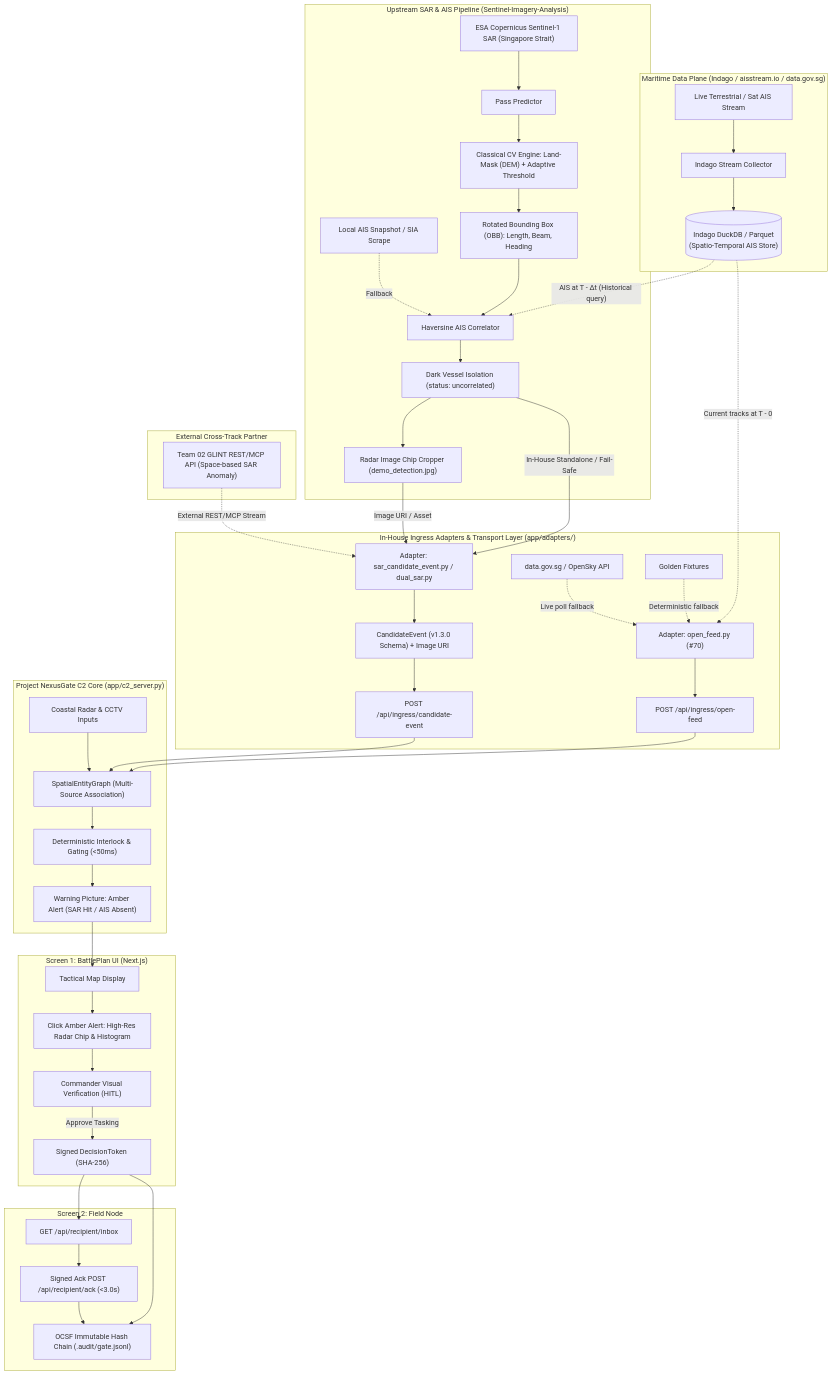
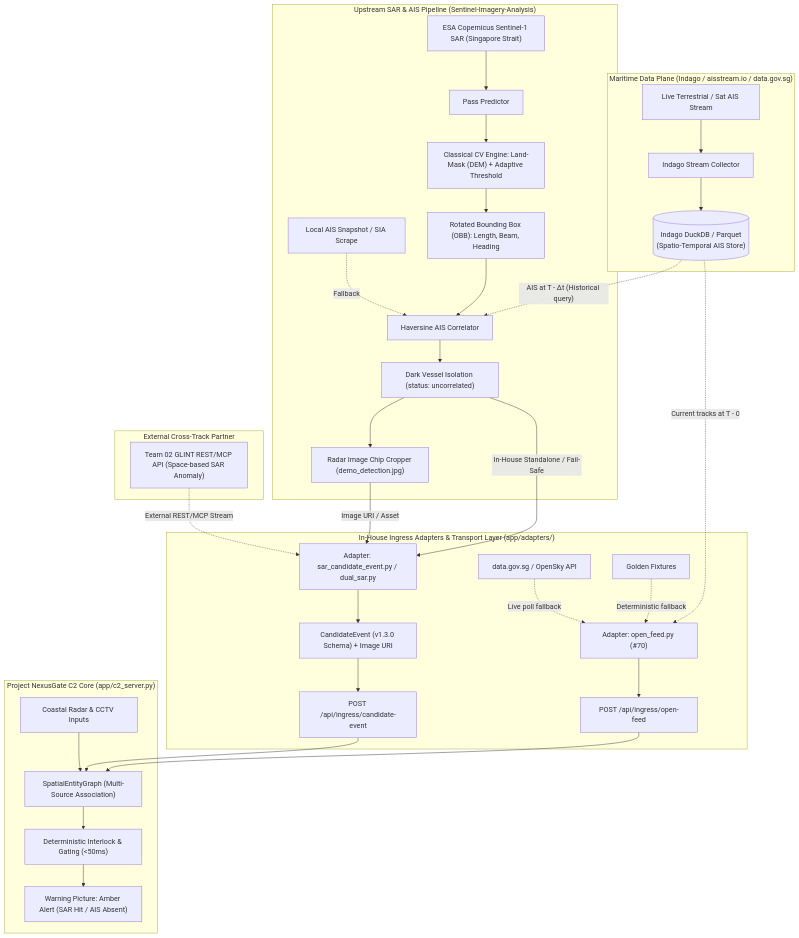
Before and after one commit to edgesentry/sdth-nexus-c2: the first of 2 diagrams in docs/architecture/sar_pipeline.md, drawn with Mermaid. The commit also changed other lines of this file and 10 other files, not shown here.

First line of the commit message:
fix(types): AckRequest.status + architecture doc hygiene (#105) (#106)

````diff
--- a/docs/architecture/sar_pipeline.md
+++ b/docs/architecture/sar_pipeline.md
@@ -25,59 +27,45 @@
 ```mermaid
 flowchart TD
     subgraph MaritimeDataPlane ["Maritime Data Plane (Indago / aisstream.io / data.gov.sg)"]
         AIS_LIVE["Live Terrestrial / Sat AIS Stream"] --> INDAGO["Indago Stream Collector"]
         INDAGO --> DUCKDB[("Indago DuckDB / Parquet<br/>(Spatio-Temporal AIS Store)")]
     end
 
     subgraph UpstreamSAR ["Upstream SAR & AIS Pipeline (Sentinel-Imagery-Analysis)"]
         S1["ESA Copernicus Sentinel-1 SAR (Singapore Strait)"] --> PRE["Pass Predictor"]
         DUCKDB -.->|"AIS at T - Δt (Historical query)"| CORR["Haversine AIS Correlator"]
         AIS_LOCAL["Local AIS Snapshot / SIA Scrape"] -.->|Fallback| CORR
         PRE --> CV["Classical CV Engine: Land-Mask (DEM) + Adaptive Threshold"]
         CV --> OBB["Rotated Bounding Box (OBB): Length, Beam, Heading"]
         OBB --> CORR
         CORR --> DARK["Dark Vessel Isolation (status: uncorrelated)"]
         DARK --> CHIP["Radar Image Chip Cropper (demo_detection.jpg)"]
     end
 
     subgraph ExternalPartner ["External Cross-Track Partner"]
         GLINT["Team 02 GLINT REST/MCP API (Space-based SAR Anomaly)"]
     end
 
     subgraph IngressBridge ["In-House Ingress Adapters & Transport Layer (app/adapters/)"]
         ADAPT["Adapter: sar_candidate_event.py / dual_sar.py"]
         DARK -->|"In-House Standalone / Fail-Safe"| ADAPT
         CHIP -->|"Image URI / Asset"| ADAPT
         GLINT -.->|"External REST/MCP Stream"| ADAPT
         ADAPT --> PAYLOAD["CandidateEvent (v1.3.0 Schema) + Image URI"]
         PAYLOAD --> C2_INGRESS["POST /api/ingress/candidate-event"]
 
         OPEN_ADAPT["Adapter: open_feed.py (#70)"]
         DUCKDB -.->|"Current tracks at T - 0"| OPEN_ADAPT
         API_LIVE["data.gov.sg / OpenSky API"] -.->|Live poll fallback| OPEN_ADAPT
         FIXTURE["Golden Fixtures"] -.->|Deterministic fallback| OPEN_ADAPT
         OPEN_ADAPT --> C2_OPEN_INGRESS["POST /api/ingress/open-feed"]
     end
 
     subgraph NexusGateC2 ["Project NexusGate C2 Core (app/c2_server.py)"]
         C2_INGRESS --> GRAPH["SpatialEntityGraph (Multi-Source Association)"]
         C2_OPEN_INGRESS --> GRAPH
         COASTAL["Coastal Radar & CCTV Inputs"] --> GRAPH
         GRAPH --> INTERLOCK["Deterministic Interlock & Gating (<50ms)"]
         INTERLOCK --> WARN["Warning Picture: Amber Alert (SAR Hit / AIS Absent)"]
     end
-
-    subgraph OperatorCockpit ["Screen 1: BattlePlan UI (Next.js)"]
-        WARN --> COCKPIT["Tactical Map Display"]
-        COCKPIT --> MODAL["Click Amber Alert: High-Res Radar Chip & Histogram"]
-        MODAL --> HITL["Commander Visual Verification (HITL)"]
-        HITL -->|Approve Tasking| TOKEN["Signed DecisionToken (SHA-256)"]
-    end
-
-    subgraph EffectorAck ["Screen 2: Field Node"]
-        TOKEN --> INBOX["GET /api/recipient/inbox"]
-        INBOX --> ACK["Signed Ack POST /api/recipient/ack (<3.0s)"]
-        ACK --> AUDIT["OCSF Immutable Hash Chain (.audit/gate.jsonl)"]
-        TOKEN --> AUDIT
-    end
 ```
````
